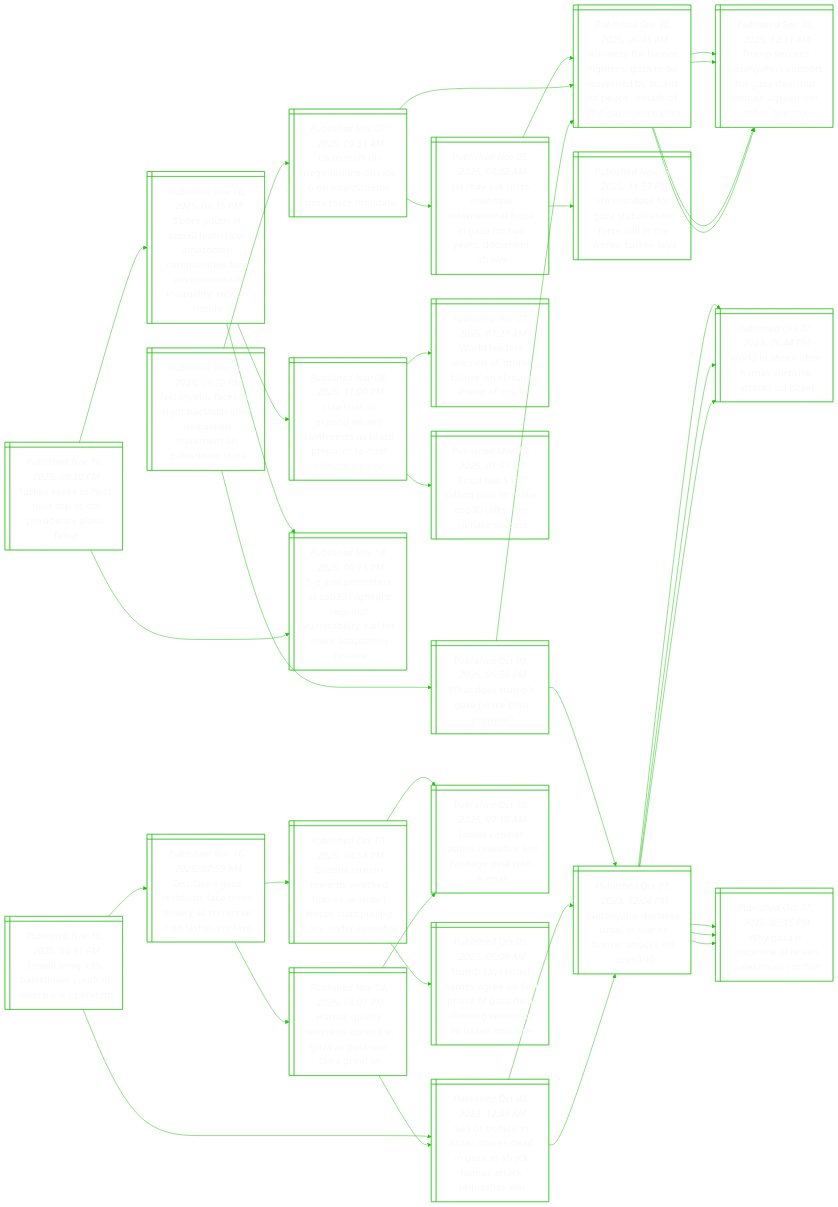
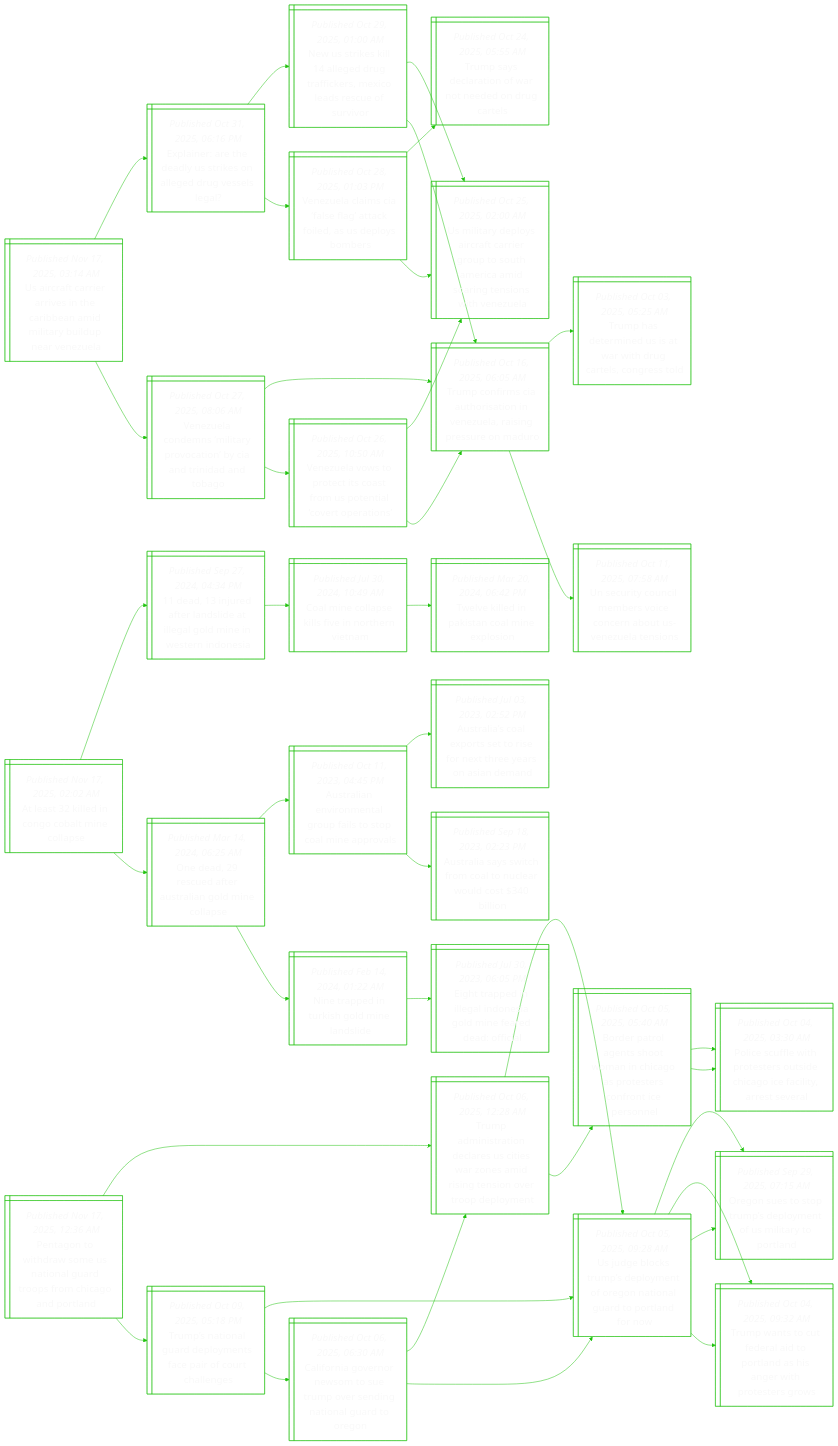
The diagram in README.md (notJmes/notJmes), drawn with Mermaid before and after one commit. The commit also changed other lines of this file, not shown here.

````diff
--- a/README.md
+++ b/README.md
@@ -16,118 +16,127 @@
 flowchart LR
 classDef txtsize font-size:20px;
 
-NyaahkaUkanais@{ shape: win-pane, label: "_Published Nov 16, 2025, 09:22 PM_
-Netanyahu faces far-right backlash after us-backed statement on palestinian state" }
-UtNtoNinnzcd@{ shape: win-pane, label: "_Published Nov 07, 2025, 09:35 AM_
-Us to start un negotiations on nov 6 on international gaza force mandate" }
-Uatdnaacareonw@{ shape: win-pane, label: "_Published Nov 05, 2025, 08:02 AM_
-Us may ask un to mandate international force in gaza for two years, document shows" }
-AtHfezerydatoGel@{ shape: win-pane, label: "_Published Sep 30, 2025, 06:45 AM_
-Amnesty for hamas fighters, gaza to be governed by ‘board of peace’: details of the gaza peace plan" }
-Udoaitotnous@{ shape: win-pane, label: "_Published Nov 03, 2025, 11:57 PM_
-Un mandate for gaza stabilisation force still in the works, turkey says" }
-AtHfezerydatoGel@{ shape: win-pane, label: "_Published Sep 30, 2025, 06:45 AM_
-Amnesty for hamas fighters, gaza to be governed by ‘board of peace’: details of the gaza peace plan" }
-Tseaupoabmrnluo@{ shape: win-pane, label: "_Published Sep 30, 2025, 12:11 AM_
-Trump secures netanyahu’s support for gaza deal, but hamas’ agreement still in question" }
-Tseaupoabmrnluo@{ shape: win-pane, label: "_Published Sep 30, 2025, 12:11 AM_
-Trump secures netanyahu’s support for gaza deal, but hamas’ agreement still in question" }
-Wouaaam@{ shape: win-pane, label: "_Published Oct 09, 2025, 05:50 PM_
-What does trump’s gaza peace plan promise?" }
-AtHfezerydatoGel@{ shape: win-pane, label: "_Published Sep 30, 2025, 06:45 AM_
-Amnesty for hamas fighters, gaza to be governed by ‘board of peace’: details of the gaza peace plan" }
-Tseaupoabmrnluo@{ shape: win-pane, label: "_Published Sep 30, 2025, 12:11 AM_
-Trump secures netanyahu’s support for gaza deal, but hamas’ agreement still in question" }
-Tseaupoabmrnluo@{ shape: win-pane, label: "_Published Sep 30, 2025, 12:11 AM_
-Trump secures netanyahu’s support for gaza deal, but hamas’ agreement still in question" }
-NyeeawHakl@{ shape: win-pane, label: "_Published Oct 07, 2023, 12:04 PM_
-Netanyahu declares israel at war as hamas attacks kill over 100" }
-WzptIleint@{ shape: win-pane, label: "_Published Oct 07, 2023, 05:15 PM_
-Why gaza is epicentre of israeli-palestinian conflict" }
-Wiceapaks@{ shape: win-pane, label: "_Published Oct 07, 2023, 06:44 PM_
-World in shock after hamas surprise attacks on israel" }
+Ucceinaeiiburz@{ shape: win-pane, label: "_Published Nov 17, 2025, 03:14 AM_
+Us aircraft carrier arrives in the caribbean amid military buildup near venezuela" }
+Eirdyroersl@{ shape: win-pane, label: "_Published Oct 31, 2025, 06:16 PM_
+Explainer: are the deadly us strikes on alleged drug vessels legal?​" }
+Nselgufexeeov@{ shape: win-pane, label: "_Published Oct 29, 2025, 01:00 AM_
+New us strikes kill 14 alleged drug traffickers, mexico leads rescue of survivor" }
+Uidycceuomasnswee@{ shape: win-pane, label: "_Published Oct 25, 2025, 02:00 AM_
+Us military deploys aircraft carrier group to south america amid soaring tensions with venezuela" }
+TcrAotnzrnsou@{ shape: win-pane, label: "_Published Oct 16, 2025, 06:05 AM_
+Trump confirms cia authorisation in venezuela, raising pressure on maduro" }
+VulClaaispbr@{ shape: win-pane, label: "_Published Oct 28, 2025, 01:03 PM_
+Venezuela claims cia ‘false flag’ attack foiled, as us deploys bombers" }
+Tseaonencl@{ shape: win-pane, label: "_Published Oct 24, 2025, 05:55 AM_
+Trump says declaration of war not needed on drug cartels" }
+Uidycceuomasnswee@{ shape: win-pane, label: "_Published Oct 25, 2025, 02:00 AM_
+Us military deploys aircraft carrier group to south america amid soaring tensions with venezuela" }
+VuonipcnAraTo@{ shape: win-pane, label: "_Published Oct 27, 2025, 08:06 AM_
+Venezuela condemns ‘military provocation’ by cia and trinidad and tobago" }
+TcrAotnzrnsou@{ shape: win-pane, label: "_Published Oct 16, 2025, 06:05 AM_
+Trump confirms cia authorisation in venezuela, raising pressure on maduro" }
+Thtniahclgt@{ shape: win-pane, label: "_Published Oct 03, 2025, 05:25 AM_
+Trump has determined us is at war with drug cartels, congress told" }
+UuCiboontnls@{ shape: win-pane, label: "_Published Oct 11, 2025, 07:58 AM_
+Un security council members voice concern about us-venezuela tensions" }
+VuopccfSnctas@{ shape: win-pane, label: "_Published Oct 26, 2025, 10:50 AM_
+Venezuela vows to protect its coast from us potential ‘covert operations’" }
+Uidycceuomasnswee@{ shape: win-pane, label: "_Published Oct 25, 2025, 02:00 AM_
+Us military deploys aircraft carrier group to south america amid soaring tensions with venezuela" }
+TcrAotnzrnsou@{ shape: win-pane, label: "_Published Oct 16, 2025, 06:05 AM_
+Trump confirms cia authorisation in venezuela, raising pressure on maduro" }
 
-NyaahkaUkanais:::txtsize --> UtNtoNinnzcd:::txtsize
-UtNtoNinnzcd:::txtsize --> Uatdnaacareonw:::txtsize
-Uatdnaacareonw:::txtsize --> AtHfezerydatoGel:::txtsize
-Uatdnaacareonw:::txtsize --> Udoaitotnous:::txtsize
-UtNtoNinnzcd:::txtsize --> AtHfezerydatoGel:::txtsize
-AtHfezerydatoGel:::txtsize --> Tseaupoabmrnluo:::txtsize
-AtHfezerydatoGel:::txtsize --> Tseaupoabmrnluo:::txtsize
-NyaahkaUkanais:::txtsize --> Wouaaam:::txtsize
-Wouaaam:::txtsize --> AtHfezerydatoGel:::txtsize
-AtHfezerydatoGel:::txtsize --> Tseaupoabmrnluo:::txtsize
-AtHfezerydatoGel:::txtsize --> Tseaupoabmrnluo:::txtsize
-Wouaaam:::txtsize --> NyeeawHakl:::txtsize
-NyeeawHakl:::txtsize --> WzptIleint:::txtsize
-NyeeawHakl:::txtsize --> Wiceapaks:::txtsize
+Ucceinaeiiburz:::txtsize --> Eirdyroersl:::txtsize
+Eirdyroersl:::txtsize --> Nselgufexeeov:::txtsize
+Nselgufexeeov:::txtsize --> Uidycceuomasnswee:::txtsize
+Nselgufexeeov:::txtsize --> TcrAotnzrnsou:::txtsize
+Eirdyroersl:::txtsize --> VulClaaispbr:::txtsize
+VulClaaispbr:::txtsize --> Tseaonencl:::txtsize
+VulClaaispbr:::txtsize --> Uidycceuomasnswee:::txtsize
+Ucceinaeiiburz:::txtsize --> VuonipcnAraTo:::txtsize
+VuonipcnAraTo:::txtsize --> TcrAotnzrnsou:::txtsize
+TcrAotnzrnsou:::txtsize --> Thtniahclgt:::txtsize
+TcrAotnzrnsou:::txtsize --> UuCiboontnls:::txtsize
+VuonipcnAraTo:::txtsize --> VuopccfSnctas:::txtsize
+VuopccfSnctas:::txtsize --> Uidycceuomasnswee:::txtsize
+VuopccfSnctas:::txtsize --> TcrAotnzrnsou:::txtsize
 
-Tysstsenal@{ shape: win-pane, label: "_Published Nov 16, 2025, 08:30 PM_
-Turkey seeks to host next cop as co-presidency plans falter" }
-Syalhaamicieiarnr@{ shape: win-pane, label: "_Published Nov 16, 2025, 09:15 PM_
-S’pore youth at cop30 learn how amazonian communities face environmental inequality, rely on nature" }
-Lronaiesipttam@{ shape: win-pane, label: "_Published Nov 08, 2025, 11:00 PM_
-Lula tries to expand oil and rainforests as brazil prepares to host climate summit" }
-WlrnmfrledP@{ shape: win-pane, label: "_Published Nov 07, 2025, 07:21 AM_
-World leaders warned of ‘moral failure’ on climate ahead of cop30" }
-Blinteaaiss@{ shape: win-pane, label: "_Published Mar 15, 2025, 01:51 PM_
-Brazil has $167 billion plan to make cop30 talks rare climate success" }
-SaesPlrnlbyfrpoa@{ shape: win-pane, label: "_Published Nov 14, 2025, 06:15 PM_
-S-e asia protesters at cop30 highlight regional vulnerability, call for more adaptation finance" }
-SaesPlrnlbyfrpoa@{ shape: win-pane, label: "_Published Nov 14, 2025, 06:15 PM_
-S-e asia protesters at cop30 highlight regional vulnerability, call for more adaptation finance" }
+AslCctcp@{ shape: win-pane, label: "_Published Nov 17, 2025, 02:02 AM_
+At least 32 killed in congo cobalt mine collapse" }
+dndrsaeonenn@{ shape: win-pane, label: "_Published Sep 27, 2024, 04:34 PM_
+11 dead, 13 injured after landslide at illegal gold mine in western indonesia" }
+CilesitVa@{ shape: win-pane, label: "_Published Jul 30, 2024, 10:49 AM_
+Coal mine collapse kills five in northern vietnam" }
+Teeaales@{ shape: win-pane, label: "_Published Mar 20, 2024, 06:42 PM_
+Twelve killed in pakistan coal mine explosion" }
+Oacfulonl@{ shape: win-pane, label: "_Published Mar 14, 2024, 06:25 AM_
+One dead, 29 rescued after australian gold mine collapse" }
+Aaeotoisonrs@{ shape: win-pane, label: "_Published Oct 11, 2023, 04:45 PM_
+Australian environmental group fails to stop coal mine approvals" }
+Aacxsofxerse@{ shape: win-pane, label: "_Published Jul 03, 2023, 02:52 PM_
+Australia’s coal exports set to rise for next three years on asian demand" }
+Aaairaurdbo@{ shape: win-pane, label: "_Published Sep 18, 2023, 02:23 PM_
+Australia says switch from coal to nuclear would cost $340 billion" }
+Nrdrgind@{ shape: win-pane, label: "_Published Feb 14, 2024, 01:22 AM_
+Nine trapped in turkish gold mine landslide" }
+Etellngiaefl@{ shape: win-pane, label: "_Published Jul 30, 2023, 06:05 PM_
+Eight trapped in illegal indonesia gold mine feared dead: official" }
 
-Tysstsenal:::txtsize --> Syalhaamicieiarnr:::txtsize
-Syalhaamicieiarnr:::txtsize --> Lronaiesipttam:::txtsize
-Lronaiesipttam:::txtsize --> WlrnmfrledP:::txtsize
-Lronaiesipttam:::txtsize --> Blinteaaiss:::txtsize
-Syalhaamicieiarnr:::txtsize --> SaesPlrnlbyfrpoa:::txtsize
-Tysstsenal:::txtsize --> SaesPlrnlbyfrpoa:::txtsize
+AslCctcp:::txtsize --> dndrsaeonenn:::txtsize
+dndrsaeonenn:::txtsize --> CilesitVa:::txtsize
+CilesitVa:::txtsize --> Teeaales:::txtsize
+AslCctcp:::txtsize --> Oacfulonl:::txtsize
+Oacfulonl:::txtsize --> Aaeotoisonrs:::txtsize
+Aaeotoisonrs:::txtsize --> Aacxsofxerse:::txtsize
+Aaeotoisonrs:::txtsize --> Aaairaurdbo:::txtsize
+Oacfulonl:::txtsize --> Nrdrgind:::txtsize
+Nrdrgind:::txtsize --> Etellngiaefl:::txtsize
 
-Ilyssatenrn@{ shape: win-pane, label: "_Published Nov 16, 2025, 06:31 PM_
-Israeli army kills palestinian youth in west bank operation" }
-Sbsrcdnacaale@{ shape: win-pane, label: "_Published Oct 08, 2023, 12:45 AM_
-‘sea of bodies’ in israel, scores dead in gaza as shock hamas attack unleashes war" }
-NyeeawHakl@{ shape: win-pane, label: "_Published Oct 07, 2023, 12:04 PM_
-Netanyahu declares israel at war as hamas attacks kill over 100" }
-WzptIleint@{ shape: win-pane, label: "_Published Oct 07, 2023, 05:15 PM_
-Why gaza is epicentre of israeli-palestinian conflict" }
-Wiceapaks@{ shape: win-pane, label: "_Published Oct 07, 2023, 06:44 PM_
-World in shock after hamas surprise attacks on israel" }
-NyeeawHakl@{ shape: win-pane, label: "_Published Oct 07, 2023, 12:04 PM_
-Netanyahu declares israel at war as hamas attacks kill over 100" }
-WzptIleint@{ shape: win-pane, label: "_Published Oct 07, 2023, 05:15 PM_
-Why gaza is epicentre of israeli-palestinian conflict" }
-Wiceapaks@{ shape: win-pane, label: "_Published Oct 07, 2023, 06:44 PM_
-World in shock after hamas surprise attacks on israel" }
-Daastemyriihc@{ shape: win-pane, label: "_Published Nov 16, 2025, 07:59 AM_
-Displaced gaza residents face more misery as torrential rain lashes enclave" }
-Gsaardsrfsticese@{ shape: win-pane, label: "_Published Oct 10, 2025, 04:58 PM_
-Gazans stream towards wrecked homes as israeli forces start pulling back under ceasefire" }
-Iliaeseoewa@{ shape: win-pane, label: "_Published Oct 10, 2025, 07:10 AM_
-Israeli cabinet ratifies ceasefire and hostage deal with hamas" }
-TssHaossaaorslaoe@{ shape: win-pane, label: "_Published Oct 09, 2025, 05:09 AM_
-Trump says israel, hamas agree on first phase of gaza deal, allowing release of all israeli hostages" }
-HqlssrGswli@{ shape: win-pane, label: "_Published Nov 14, 2025, 04:01 PM_
-Hamas quietly reasserts control in gaza as post-war talks grind on" }
-Iliaeseoewa@{ shape: win-pane, label: "_Published Oct 10, 2025, 07:10 AM_
-Israeli cabinet ratifies ceasefire and hostage deal with hamas" }
-Sbsrcdnacaale@{ shape: win-pane, label: "_Published Oct 08, 2023, 12:45 AM_
-‘sea of bodies’ in israel, scores dead in gaza as shock hamas attack unleashes war" }
+Pgwrmaaroocnt@{ shape: win-pane, label: "_Published Nov 17, 2025, 12:36 AM_
+Pentagon to withdraw some us national guard troops from chicago and portland" }
+Taiteeiwniinorem@{ shape: win-pane, label: "_Published Oct 06, 2025, 12:28 AM_
+Trump administration declares us cities war zones amid rising tension over troop deployment" }
+UgcuemfoiGttfw@{ shape: win-pane, label: "_Published Oct 05, 2025, 09:28 AM_
+Us judge blocks trump’s deployment of oregon national guard to portland for now" }
+OntpplnStol@{ shape: win-pane, label: "_Published Sep 29, 2025, 07:15 AM_
+Oregon sues to stop trump’s deployment of us military to portland" }
+Twtfattaawrtr@{ shape: win-pane, label: "_Published Oct 04, 2025, 09:32 AM_
+Trump wants to cut federal aid to portland as his anger with protesters grows" }
+BronomCgrtonpn@{ shape: win-pane, label: "_Published Oct 05, 2025, 05:40 AM_
+Border patrol agents shoot woman in chicago as protesters confront ice personnel" }
+Pefttrshoatev@{ shape: win-pane, label: "_Published Oct 04, 2025, 03:30 AM_
+Police scuffle with protesters outside chicago ice facility, arrest several" }
+Pefttrshoatev@{ shape: win-pane, label: "_Published Oct 04, 2025, 03:30 AM_
+Police scuffle with protesters outside chicago ice facility, arrest several" }
+Tsouemfacce@{ shape: win-pane, label: "_Published Oct 09, 2025, 05:18 PM_
+Trump’s national guard deployments face pair of court challenges" }
+UgcuemfoiGttfw@{ shape: win-pane, label: "_Published Oct 05, 2025, 09:28 AM_
+Us judge blocks trump’s deployment of oregon national guard to portland for now" }
+OntpplnStol@{ shape: win-pane, label: "_Published Sep 29, 2025, 07:15 AM_
+Oregon sues to stop trump’s deployment of us military to portland" }
+Twtfattaawrtr@{ shape: win-pane, label: "_Published Oct 04, 2025, 09:32 AM_
+Trump wants to cut federal aid to portland as his anger with protesters grows" }
+CoGnworvnNnaOn@{ shape: win-pane, label: "_Published Oct 06, 2025, 06:30 AM_
+California governor newsom to sue trump over sending national guard to oregon" }
+Taiteeiwniinorem@{ shape: win-pane, label: "_Published Oct 06, 2025, 12:28 AM_
+Trump administration declares us cities war zones amid rising tension over troop deployment" }
+UgcuemfoiGttfw@{ shape: win-pane, label: "_Published Oct 05, 2025, 09:28 AM_
+Us judge blocks trump’s deployment of oregon national guard to portland for now" }
 
-Ilyssatenrn:::txtsize --> Sbsrcdnacaale:::txtsize
-Sbsrcdnacaale:::txtsize --> NyeeawHakl:::txtsize
-NyeeawHakl:::txtsize --> WzptIleint:::txtsize
-NyeeawHakl:::txtsize --> Wiceapaks:::txtsize
-Sbsrcdnacaale:::txtsize --> NyeeawHakl:::txtsize
-NyeeawHakl:::txtsize --> WzptIleint:::txtsize
-NyeeawHakl:::txtsize --> Wiceapaks:::txtsize
-Ilyssatenrn:::txtsize --> Daastemyriihc:::txtsize
-Daastemyriihc:::txtsize --> Gsaardsrfsticese:::txtsize
-Gsaardsrfsticese:::txtsize --> Iliaeseoewa:::txtsize
-Gsaardsrfsticese:::txtsize --> TssHaossaaorslaoe:::txtsize
-Daastemyriihc:::txtsize --> HqlssrGswli:::txtsize
-HqlssrGswli:::txtsize --> Iliaeseoewa:::txtsize
-HqlssrGswli:::txtsize --> Sbsrcdnacaale:::txtsize
+Pgwrmaaroocnt:::txtsize --> Taiteeiwniinorem:::txtsize
+Taiteeiwniinorem:::txtsize --> UgcuemfoiGttfw:::txtsize
+UgcuemfoiGttfw:::txtsize --> OntpplnStol:::txtsize
+UgcuemfoiGttfw:::txtsize --> Twtfattaawrtr:::txtsize
+Taiteeiwniinorem:::txtsize --> BronomCgrtonpn:::txtsize
+BronomCgrtonpn:::txtsize --> Pefttrshoatev:::txtsize
+BronomCgrtonpn:::txtsize --> Pefttrshoatev:::txtsize
+Pgwrmaaroocnt:::txtsize --> Tsouemfacce:::txtsize
+Tsouemfacce:::txtsize --> UgcuemfoiGttfw:::txtsize
+UgcuemfoiGttfw:::txtsize --> OntpplnStol:::txtsize
+UgcuemfoiGttfw:::txtsize --> Twtfattaawrtr:::txtsize
+Tsouemfacce:::txtsize --> CoGnworvnNnaOn:::txtsize
+CoGnworvnNnaOn:::txtsize --> Taiteeiwniinorem:::txtsize
+CoGnworvnNnaOn:::txtsize --> UgcuemfoiGttfw:::txtsize
 
 ```
````
